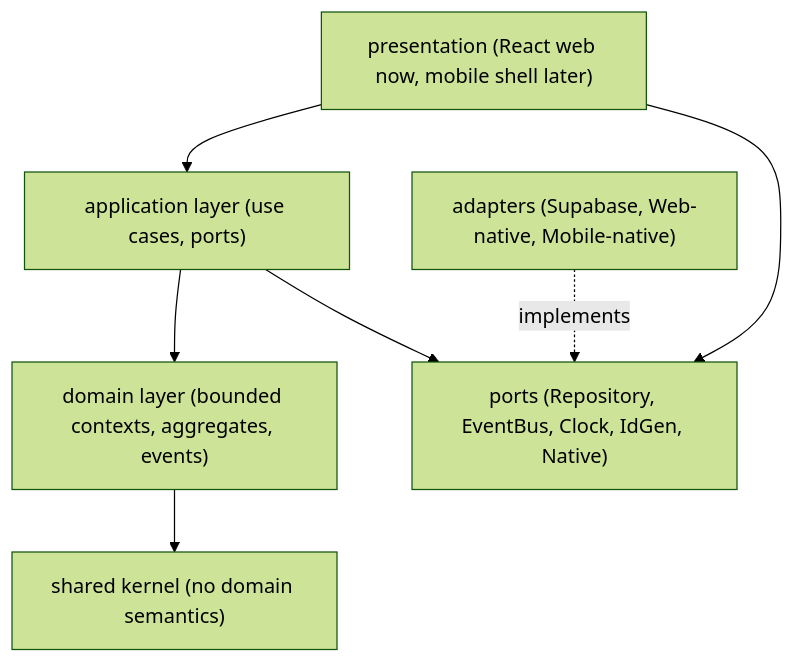
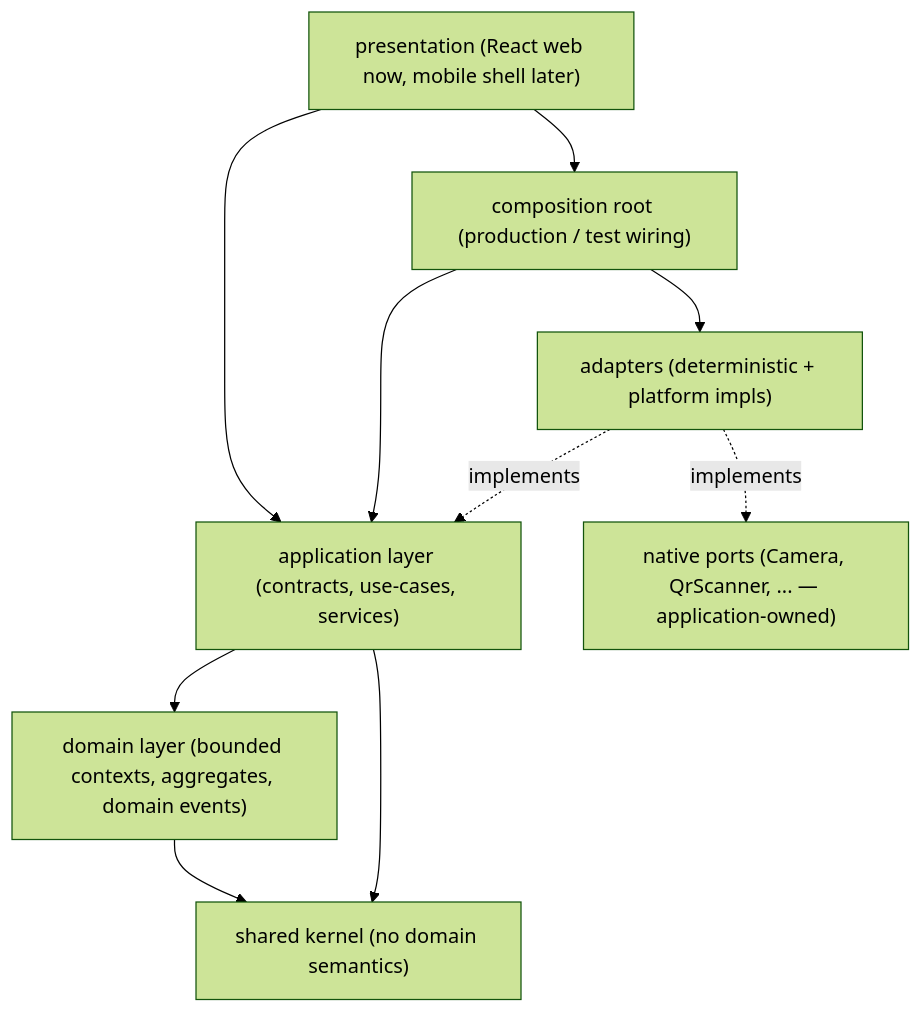
Before and after one commit to njaglobal/SportsOS: the diagram in docs/architecture/dependency-rules.md, drawn with Mermaid (forest theme). The commit also changed other lines of this file and 37 other files, not shown here.

````diff
--- a/docs/architecture/dependency-rules.md
+++ b/docs/architecture/dependency-rules.md
@@ -12,16 +18,20 @@
 ```mermaid
 flowchart TB
   Shared["shared kernel (no domain semantics)"]
-  Domain["domain layer (bounded contexts, aggregates, events)"]
-  App["application layer (use cases, ports)"]
-  Ports["ports (Repository, EventBus, Clock, IdGen, Native)"]
-  Adapters["adapters (Supabase, Web-native, Mobile-native)"]
+  Domain["domain layer (bounded contexts, aggregates, domain events)"]
+  App["application layer (contracts, use-cases, services)"]
+  NativePorts["native ports (Camera, QrScanner, ... — application-owned)"]
+  Adapters["adapters (deterministic + platform impls)"]
+  Composition["composition root (production / test wiring)"]
   Presentation["presentation (React web now, mobile shell later)"]
 
+  Domain --> Shared
+  App --> Domain
+  App --> Shared
+  Adapters -.implements.-> App
+  Adapters -.implements.-> NativePorts
+  Composition --> App
+  Composition --> Adapters
   Presentation --> App
-  App --> Domain
-  App --> Ports
-  Domain --> Shared
-  Adapters -.implements.-> Ports
-  Presentation --> Ports
+  Presentation --> Composition
 ```
````
